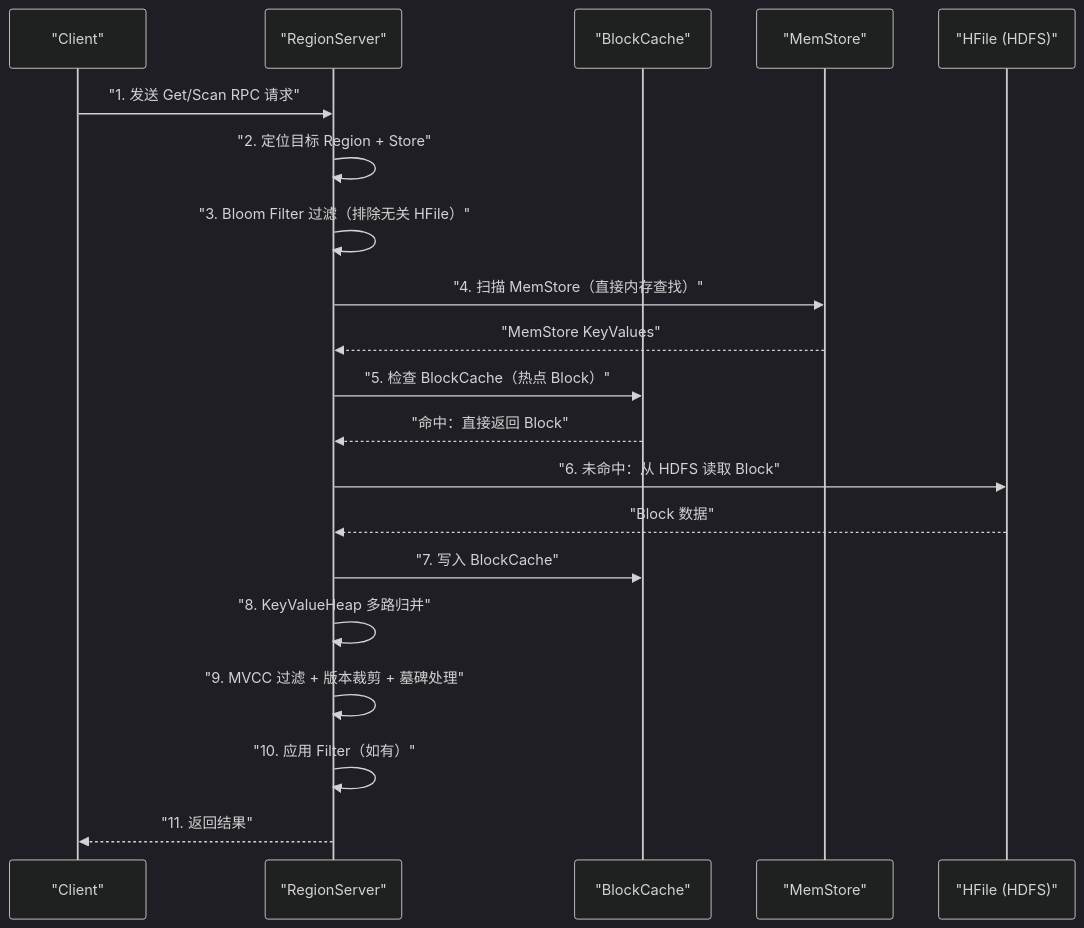
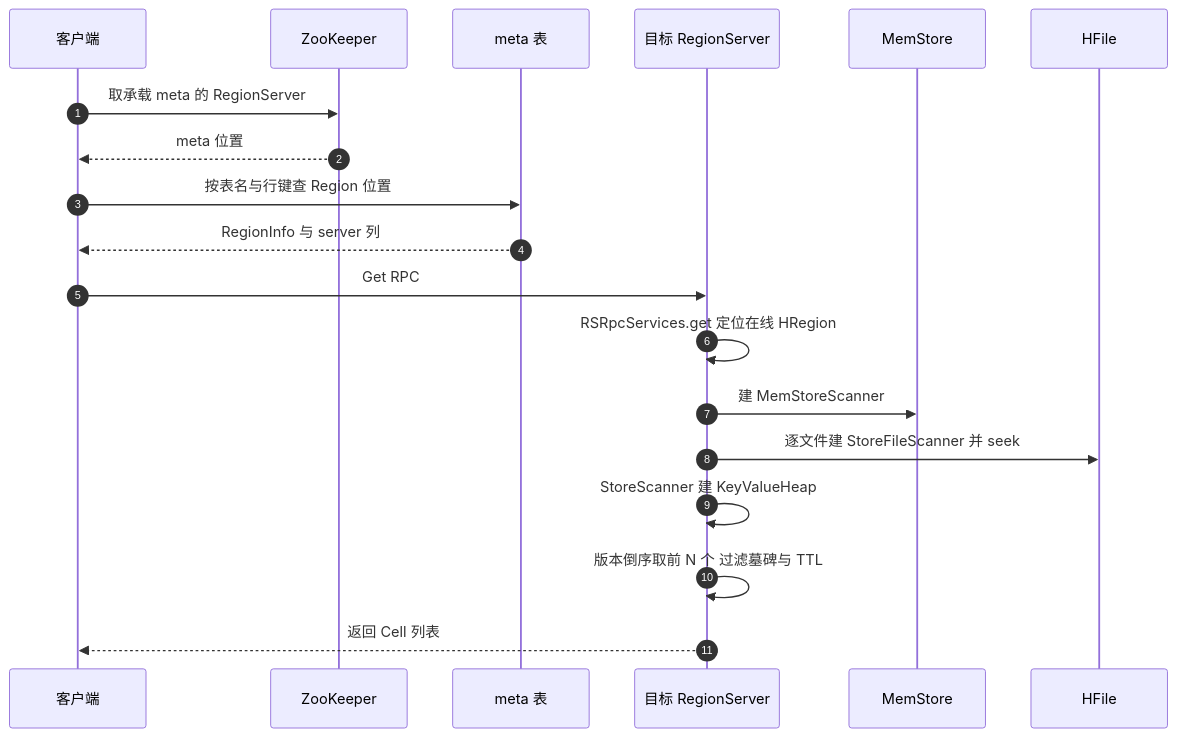
The second of 6 diagrams in content/大数据/HBase/06 HBase 读取链路深度解析——BlockCache、Scanner 与多版本合并.md (hpliStartAgain/my-brain), drawn with Mermaid before and after one commit. The commit also changed other lines of this file and 455 other files, not shown here.

````diff
--- a/content/大数据/HBase/06 HBase 读取链路深度解析——BlockCache、Scanner 与多版本合并.md
+++ b/content/大数据/HBase/06 HBase 读取链路深度解析——BlockCache、Scanner 与多版本合并.md
@@ -32,24 +131,22 @@
 ```mermaid
-%%{init: {'theme': 'dark', 'themeVariables': {'primaryColor': '#6272a4', 'primaryTextColor': '#f8f8f2', 'primaryBorderColor': '#bd93f9', 'lineColor': '#ff79c6', 'secondaryColor': '#44475a', 'tertiaryColor': '#282a36'}}}%%
+%%{init: {'theme': 'dracula'}}%%
 sequenceDiagram
-    participant C as "Client"
-    participant RS as "RegionServer"
-    participant BC as "BlockCache"
-    participant MS as "MemStore"
-    participant HF as "HFile (HDFS)"
-
-    C->>RS: "1. 发送 Get/Scan RPC 请求"
-    RS->>RS: "2. 定位目标 Region + Store"
-    RS->>RS: "3. Bloom Filter 过滤（排除无关 HFile）"
-    RS->>MS: "4. 扫描 MemStore（直接内存查找）"
-    MS-->>RS: "MemStore KeyValues"
-    RS->>BC: "5. 检查 BlockCache（热点 Block）"
-    BC-->>RS: "命中：直接返回 Block"
-    RS->>HF: "6. 未命中：从 HDFS 读取 Block"
-    HF-->>RS: "Block 数据"
-    RS->>BC: "7. 写入 BlockCache"
-    RS->>RS: "8. KeyValueHeap 多路归并"
-    RS->>RS: "9. MVCC 过滤 + 版本裁剪 + 墓碑处理"
-    RS->>RS: "10. 应用 Filter（如有）"
-    RS-->>C: "11. 返回结果"
+    autonumber
+    participant C as 客户端
+    participant ZK as ZooKeeper
+    participant M as meta 表
+    participant RS as 目标 RegionServer
+    participant MS as MemStore
+    participant HF as HFile
+    C->>ZK: 取承载 meta 的 RegionServer
+    ZK-->>C: meta 位置
+    C->>M: 按表名与行键查 Region 位置
+    M-->>C: RegionInfo 与 server 列
+    C->>RS: Get RPC
+    RS->>RS: RSRpcServices.get 定位在线 HRegion
+    RS->>MS: 建 MemStoreScanner
+    RS->>HF: 逐文件建 StoreFileScanner 并 seek
+    RS->>RS: StoreScanner 建 KeyValueHeap
+    RS->>RS: 版本倒序取前 N 个 过滤墓碑与 TTL
+    RS-->>C: 返回 Cell 列表
 ```
````
